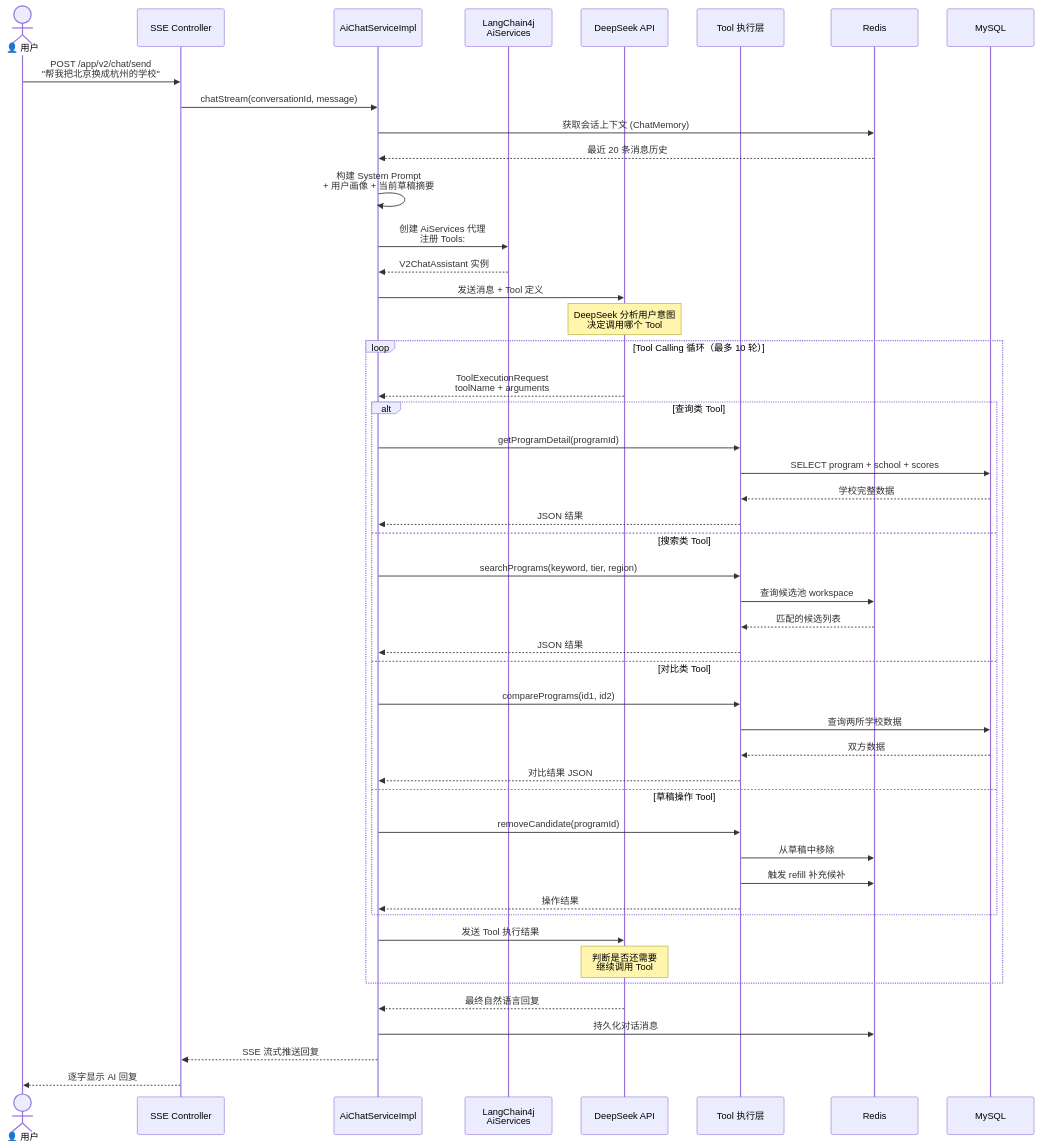
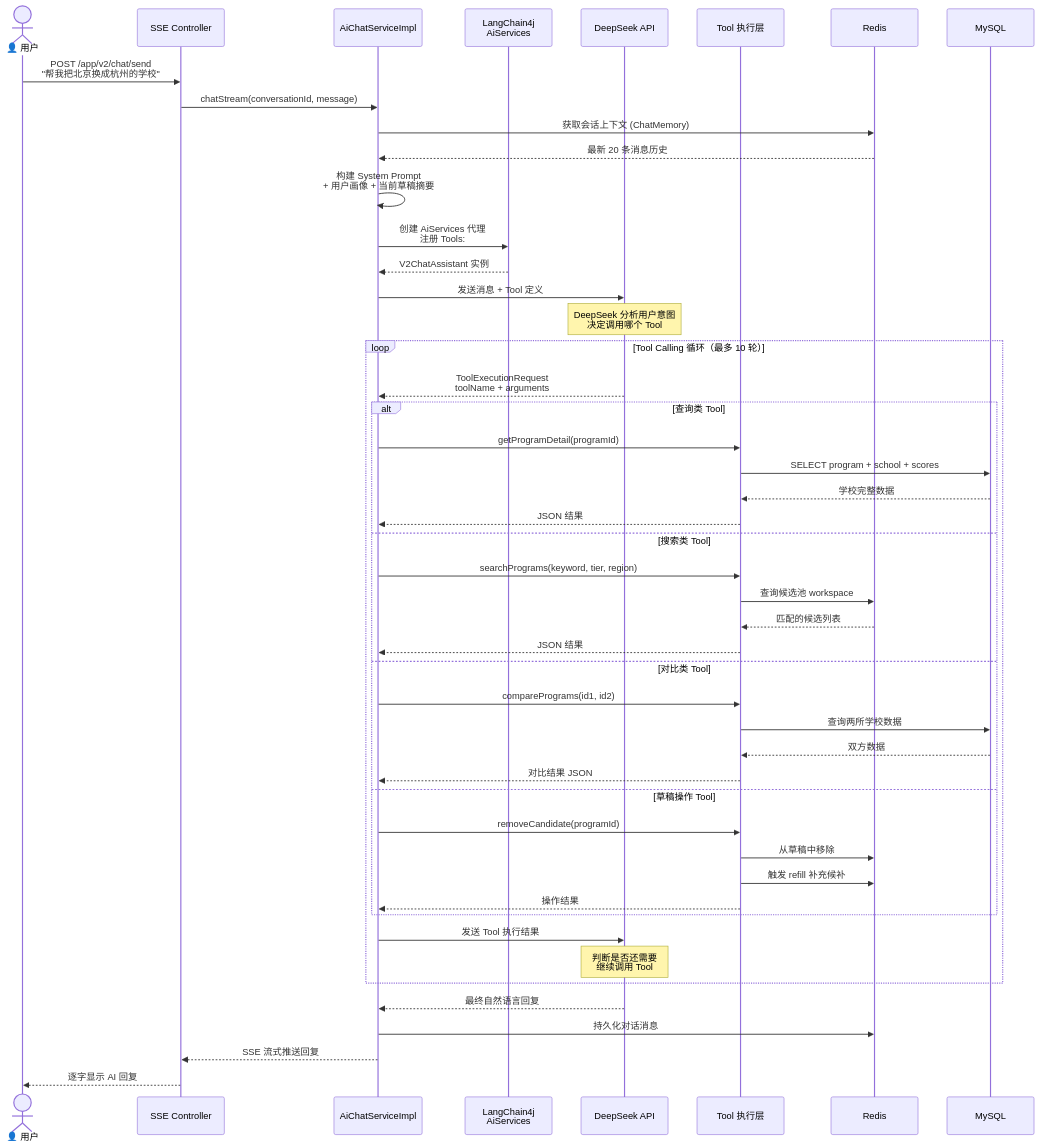
One commit to DYH414/postgrad_selector changed the third of 3 diagrams in README.md. Above: the diagram before and after it, drawn with Mermaid. The commit also changed other lines of this file and 10 other files, not shown here.

````diff
--- a/README.md
+++ b/README.md
@@ -159,59 +163,59 @@
 ```mermaid
 sequenceDiagram
     actor User as 👤 用户
     participant SSE as SSE Controller
     participant Chat as AiChatServiceImpl
     participant LC4J as LangChain4j<br/>AiServices
     participant DS as DeepSeek API
     participant Tools as Tool 执行层
     participant Redis as Redis
     participant DB as MySQL
 
     User->>SSE: POST /app/v2/chat/send<br/>"帮我把北京换成杭州的学校"
     SSE->>Chat: chatStream(conversationId, message)
 
     Chat->>Redis: 获取会话上下文 (ChatMemory)
-    Redis-->>Chat: 最近 20 条消息历史
+    Redis-->>Chat: 最新 20 条消息历史
 
     Chat->>Chat: 构建 System Prompt<br/>+ 用户画像 + 当前草稿摘要
 
     Chat->>LC4J: 创建 AiServices 代理<br/>注册 Tools:
     LC4J-->>Chat: V2ChatAssistant 实例
 
     Chat->>DS: 发送消息 + Tool 定义
     Note over DS: DeepSeek 分析用户意图<br/>决定调用哪个 Tool
 
     loop Tool Calling 循环（最多 10 轮）
         DS-->>Chat: ToolExecutionRequest<br/>toolName + arguments
 
         alt 查询类 Tool
             Chat->>Tools: getProgramDetail(programId)
             Tools->>DB: SELECT program + school + scores
             DB-->>Tools: 学校完整数据
             Tools-->>Chat: JSON 结果
         else 搜索类 Tool
             Chat->>Tools: searchPrograms(keyword, tier, region)
             Tools->>Redis: 查询候选池 workspace
             Redis-->>Tools: 匹配的候选列表
             Tools-->>Chat: JSON 结果
         else 对比类 Tool
             Chat->>Tools: comparePrograms(id1, id2)
             Tools->>DB: 查询两所学校数据
             DB-->>Tools: 双方数据
             Tools-->>Chat: 对比结果 JSON
         else 草稿操作 Tool
             Chat->>Tools: removeCandidate(programId)
             Tools->>Redis: 从草稿中移除
             Tools->>Redis: 触发 refill 补充候补
             Tools-->>Chat: 操作结果
         end
 
         Chat->>DS: 发送 Tool 执行结果
         Note over DS: 判断是否还需要<br/>继续调用 Tool
     end
 
     DS-->>Chat: 最终自然语言回复
     Chat->>Redis: 持久化对话消息
     Chat-->>SSE: SSE 流式推送回复
     SSE-->>User: 逐字显示 AI 回复
 ```
````
